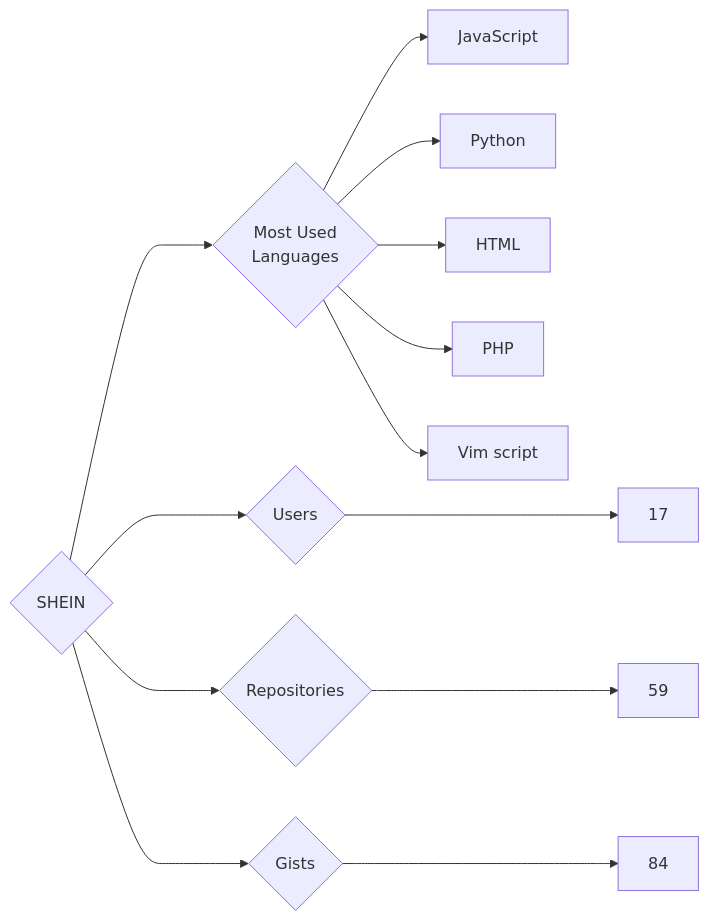
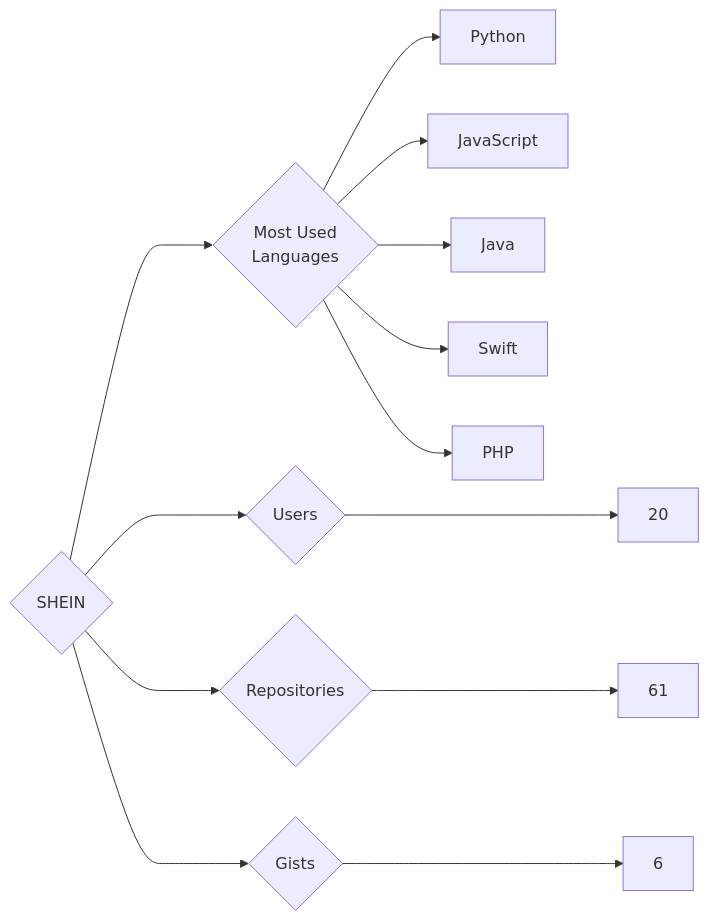
The diagram in targets/SHEIN/README.md (trickest/insiders), drawn with Mermaid before and after one commit. The commit also changed 976 other files, not shown here.

````diff
--- a/targets/SHEIN/README.md
+++ b/targets/SHEIN/README.md
@@ -3,13 +3,13 @@
 ```mermaid
 graph LR
 COMPANY_NAME{SHEIN}
-COMPANY_NAME ---> U{Users} ---> UN[17]
-COMPANY_NAME ---> R{Repositories} ---> RN[59]
-COMPANY_NAME ---> G{Gists} ---> GN[84]
+COMPANY_NAME ---> U{Users} ---> UN[20]
+COMPANY_NAME ---> R{Repositories} ---> RN[61]
+COMPANY_NAME ---> G{Gists} ---> GN[6]
 COMPANY_NAME ---> ML{Most Used<br>Languages}
+ML --> Python[Python]
 ML --> JavaScript[JavaScript]
-ML --> Python[Python]
-ML --> HTML[HTML]
+ML --> Java[Java]
+ML --> Swift[Swift]
 ML --> PHP[PHP]
-ML --> Vim_script[Vim script]
 ```
````
